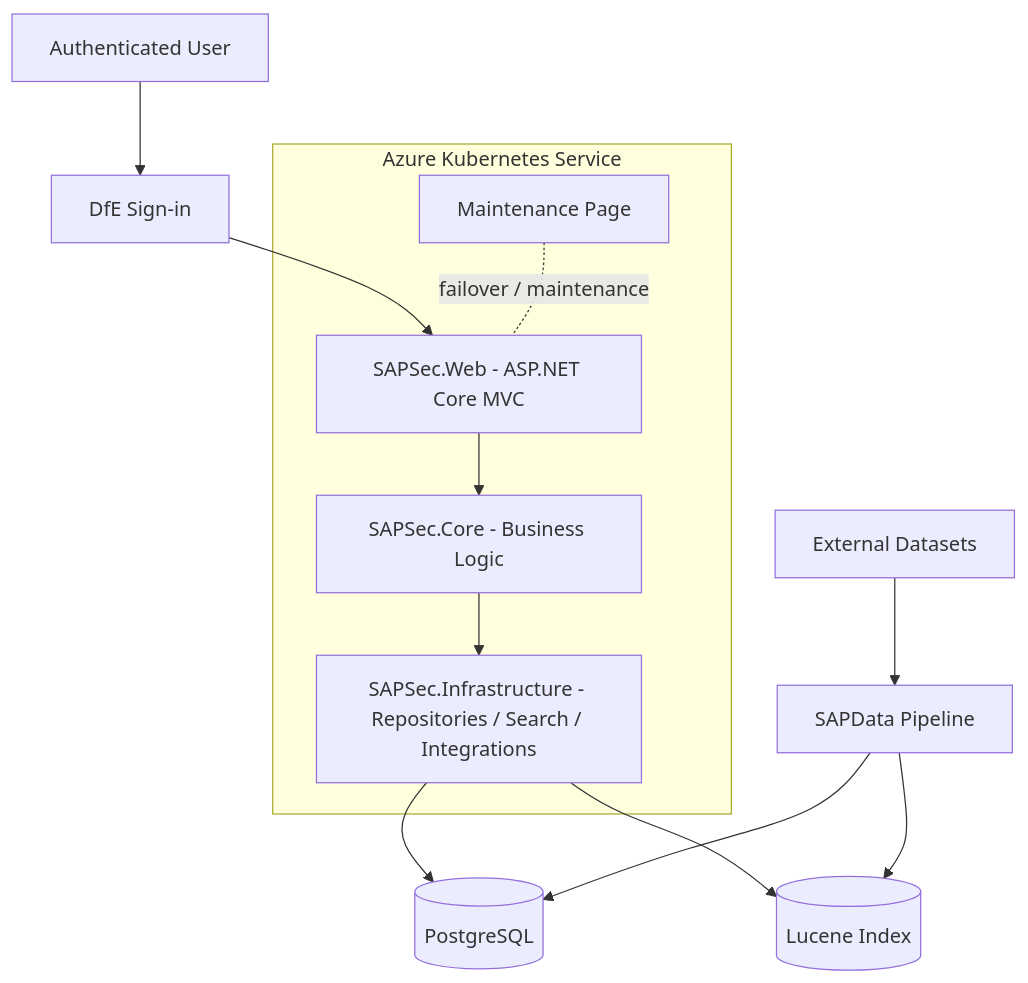
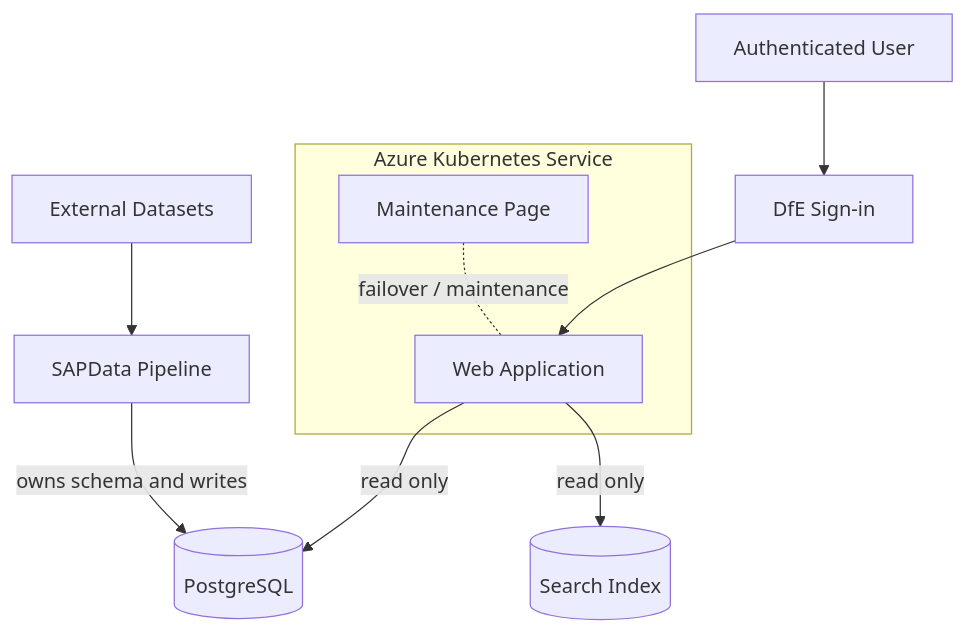
The second of 3 diagrams in docs/architecture/high-level-design.md (DFE-Digital/sap-sector), drawn with Mermaid before and after one commit. The commit also changed other lines of this file and 11 other files, not shown here.

````diff
--- a/docs/architecture/high-level-design.md
+++ b/docs/architecture/high-level-design.md
@@ -327,30 +355,26 @@
 ```mermaid
 flowchart TB
     user[Authenticated User]
     dsi[DfE Sign-in]
 
     subgraph aks[Azure Kubernetes Service]
-        web[SAPSec.Web - ASP.NET Core MVC]
-        core[SAPSec.Core - Business Logic]
-        infra[SAPSec.Infrastructure - Repositories / Search / Integrations]
+        web[Web Application]
         maintenance[Maintenance Page]
     end
 
     pg[(PostgreSQL)]
-    lucene[(Lucene Index)]
+    search[(Search Index)]
     pipeline[SAPData Pipeline]
     ext[External Datasets]
 
     user --> dsi
     dsi --> web
-    web --> core
-    core --> infra
-    infra --> pg
-    infra --> lucene
+    web -->|read only| pg
+    web -->|read only| search
 
     ext --> pipeline
-    pipeline --> pg
-    pipeline --> lucene
+    pipeline -->|owns schema and writes| pg
+    
 
     maintenance -. failover / maintenance .- web
 ```
````
